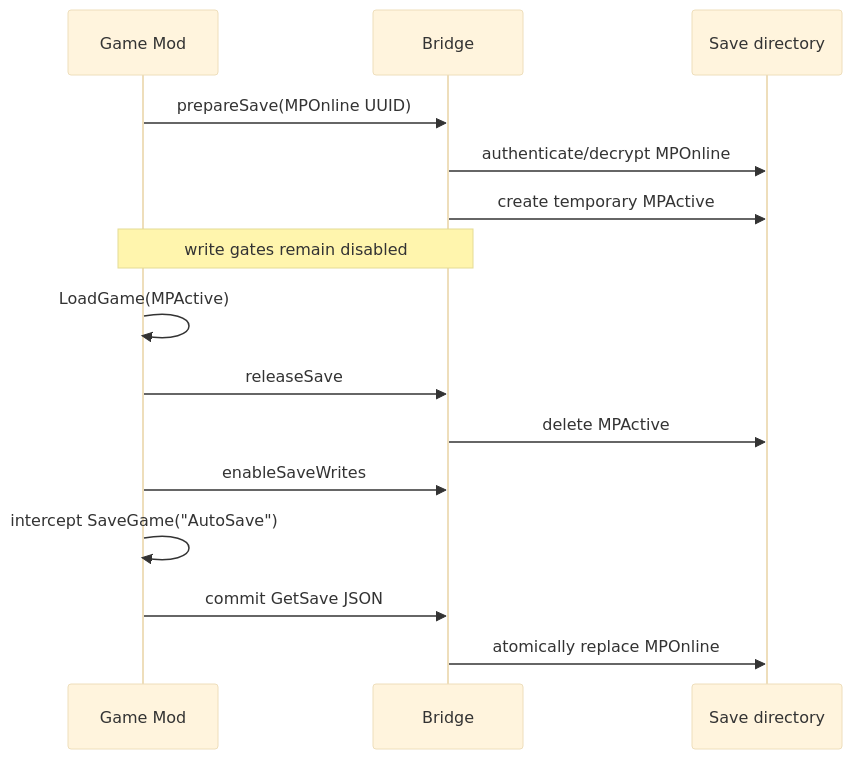
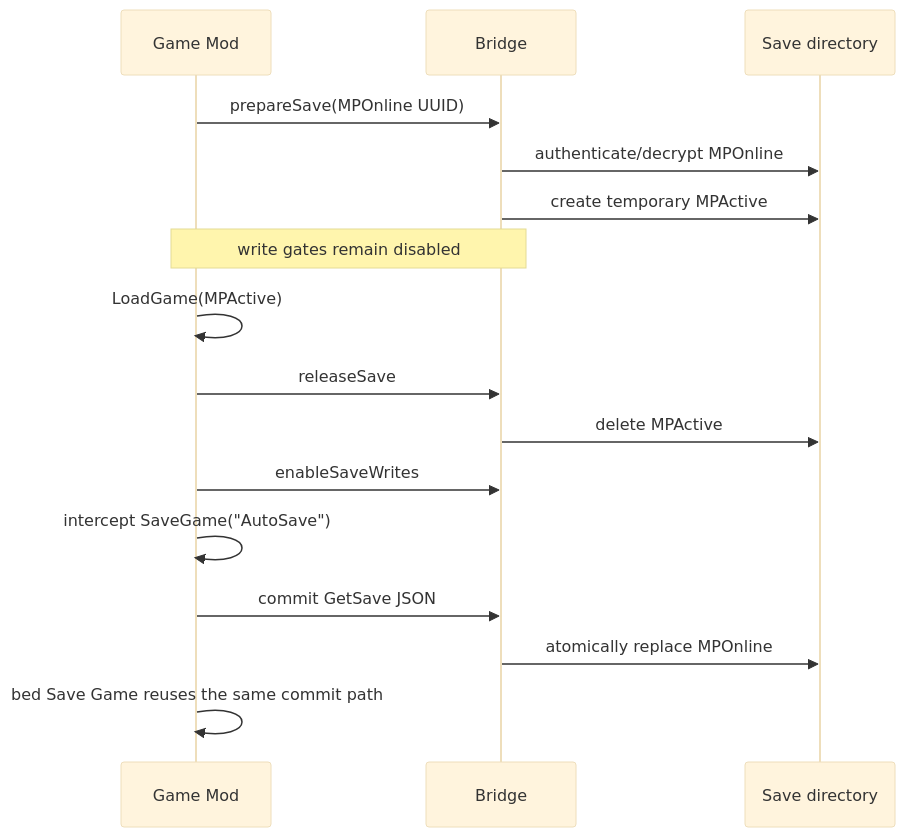
One commit to Sakura-QoQ/Multiplayer-Mod changed the second of 2 diagrams in docs/ARCHITECTURE.md. Above: the diagram before and after it, drawn with Mermaid (base theme). The commit also changed other lines of this file and 50 other files, not shown here.

````diff
--- a/docs/ARCHITECTURE.md
+++ b/docs/ARCHITECTURE.md
@@ -57,17 +57,18 @@
 ```mermaid
 sequenceDiagram
     participant G as Game Mod
     participant B as Bridge
     participant D as Save directory
     G->>B: prepareSave(MPOnline UUID)
     B->>D: authenticate/decrypt MPOnline
     B->>D: create temporary MPActive
     Note over G,B: write gates remain disabled
     G->>G: LoadGame(MPActive)
     G->>B: releaseSave
     B->>D: delete MPActive
     G->>B: enableSaveWrites
     G->>G: intercept SaveGame("AutoSave")
     G->>B: commit GetSave JSON
     B->>D: atomically replace MPOnline
+    G->>G: bed Save Game reuses the same commit path
 ```
````
